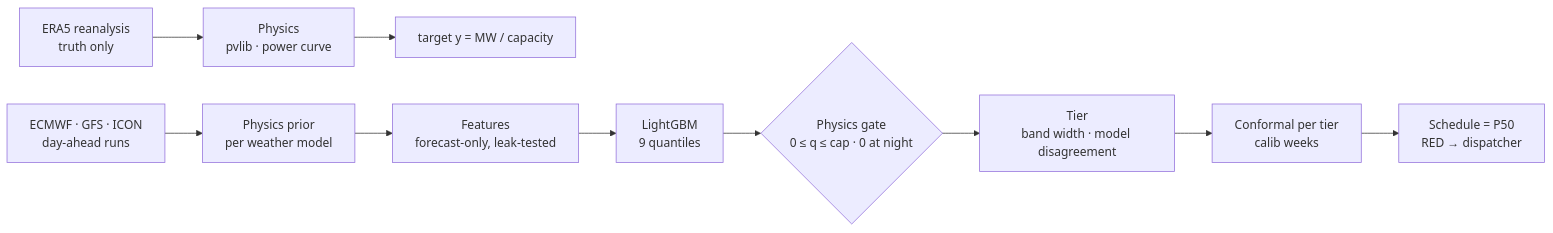
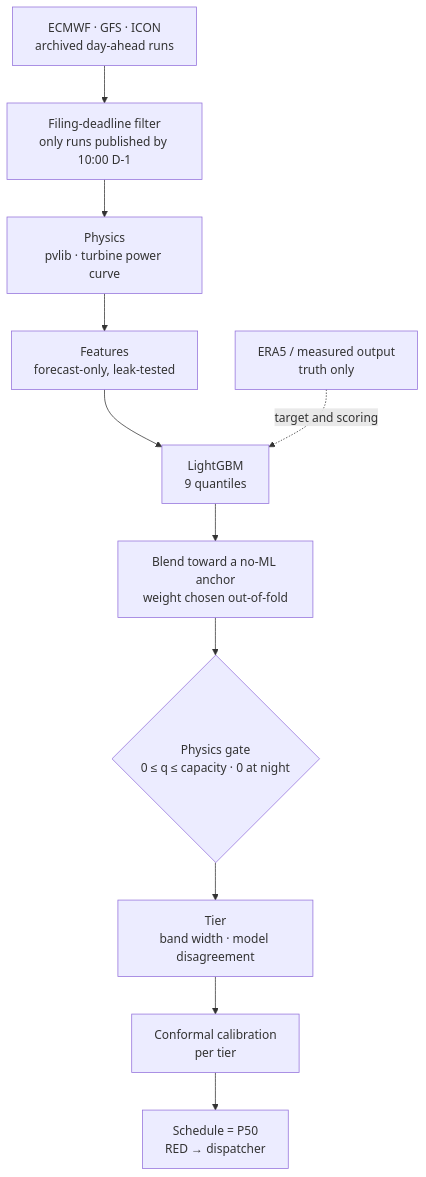
The first of 2 diagrams in README.md (ArushJain-697/UrjaDrishti), drawn with Mermaid before and after one commit. The commit also changed other lines of this file and 3 other files, not shown here.

````diff
--- a/README.md
+++ b/README.md
@@ -43,12 +96,13 @@
 ```mermaid
-flowchart LR
-    A[ERA5 reanalysis<br/>truth only] --> P1[Physics<br/>pvlib · power curve]
-    B[ECMWF · GFS · ICON<br/>day-ahead runs] --> P2[Physics prior<br/>per weather model]
-    P1 --> Y[target y = MW / capacity]
-    P2 --> F[Features<br/>forecast-only, leak-tested]
+flowchart TD
+    A[ECMWF · GFS · ICON<br/>archived day-ahead runs] --> L[Filing-deadline filter<br/>only runs published by 10:00 D-1]
+    L --> P[Physics<br/>pvlib · turbine power curve]
+    P --> F[Features<br/>forecast-only, leak-tested]
     F --> Q[LightGBM<br/>9 quantiles]
-    Q --> G{Physics gate<br/>0 ≤ q ≤ cap · 0 at night}
+    Q --> B[Blend toward a no-ML anchor<br/>weight chosen out-of-fold]
+    B --> G{Physics gate<br/>0 ≤ q ≤ capacity · 0 at night}
     G --> T[Tier<br/>band width · model disagreement]
-    T --> C[Conformal per tier<br/>calib weeks]
+    T --> C[Conformal calibration<br/>per tier]
     C --> S[Schedule = P50<br/>RED → dispatcher]
+    E[ERA5 / measured output<br/>truth only] -.target and scoring.-> Q
 ```
````
